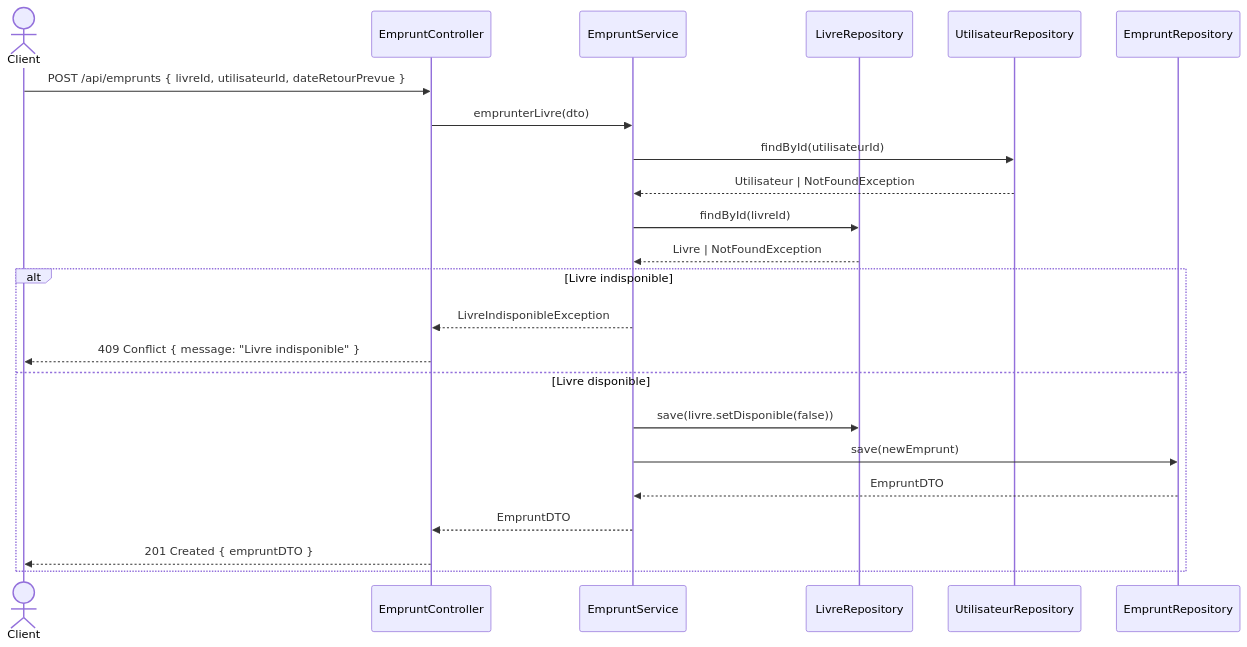
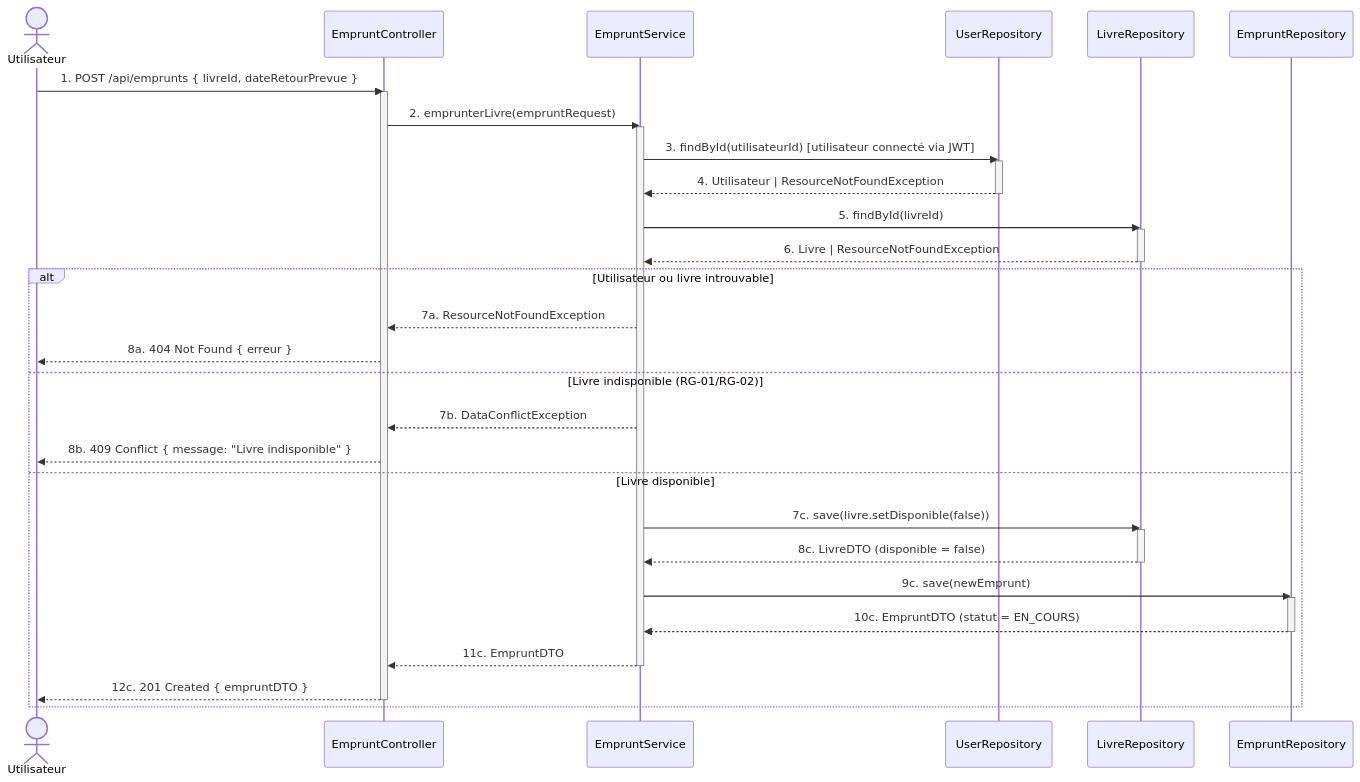
The diagram in analyse/uml-sequence-emprunt.mmd (MahefasoaRAM/java-project), drawn with Mermaid before and after one commit. The commit also changed 7 other files, not shown here.

Commit message:
feat: changed diagram to show use case

```diff
--- a/analyse/uml-sequence-emprunt.mmd
+++ b/analyse/uml-sequence-emprunt.mmd
@@ -1,28 +1,49 @@
+%% ═════════════════════════════════════════════════════════════
+%% Diagramme de séquence – Cas d'utilisation « Emprunter un livre »
+%% Acteur : Utilisateur
+%% Un seul cas d'utilisation par diagramme
+%% Règles RG-01/RG-02 : livre disponible, un seul emprunt actif par livre
+%% ═════════════════════════════════════════════════════════════
 sequenceDiagram
-    actor Client
-    participant EmpruntController
-    participant EmpruntService
-    participant LivreRepository
-    participant UtilisateurRepository
-    participant EmpruntRepository
+    actor Utilisateur
+    participant API as EmpruntController
+    participant SVC as EmpruntService
+    participant UREPO as UserRepository
+    participant LREPO as LivreRepository
+    participant EREPO as EmpruntRepository
 
-    Client->>EmpruntController: POST /api/emprunts { livreId, utilisateurId, dateRetourPrevue }
+    Utilisateur->>API: 1. POST /api/emprunts { livreId, dateRetourPrevue }
+    activate API
+    API->>SVC: 2. emprunterLivre(empruntRequest)
+    activate SVC
 
-    EmpruntController->>EmpruntService: emprunterLivre(dto)
+    SVC->>UREPO: 3. findById(utilisateurId)  [utilisateur connecté via JWT]
+    activate UREPO
+    UREPO-->>SVC: 4. Utilisateur | ResourceNotFoundException
+    deactivate UREPO
 
-    EmpruntService->>UtilisateurRepository: findById(utilisateurId)
-    UtilisateurRepository-->>EmpruntService: Utilisateur | NotFoundException
+    SVC->>LREPO: 5. findById(livreId)
+    activate LREPO
+    LREPO-->>SVC: 6. Livre | ResourceNotFoundException
+    deactivate LREPO
 
-    EmpruntService->>LivreRepository: findById(livreId)
-    LivreRepository-->>EmpruntService: Livre | NotFoundException
-
-    alt Livre indisponible
-        EmpruntService-->>EmpruntController: LivreIndisponibleException
-        EmpruntController-->>Client: 409 Conflict { message: "Livre indisponible" }
+    alt Utilisateur ou livre introuvable
+        SVC-->>API: 7a. ResourceNotFoundException
+        API-->>Utilisateur: 8a. 404 Not Found { erreur }
+    else Livre indisponible (RG-01/RG-02)
+        SVC-->>API: 7b. DataConflictException
+        API-->>Utilisateur: 8b. 409 Conflict { message: "Livre indisponible" }
     else Livre disponible
-        EmpruntService->>LivreRepository: save(livre.setDisponible(false))
-        EmpruntService->>EmpruntRepository: save(newEmprunt)
-        EmpruntRepository-->>EmpruntService: EmpruntDTO
-        EmpruntService-->>EmpruntController: EmpruntDTO
-        EmpruntController-->>Client: 201 Created { empruntDTO }
+        SVC->>LREPO: 7c. save(livre.setDisponible(false))
+        activate LREPO
+        LREPO-->>SVC: 8c. LivreDTO (disponible = false)
+        deactivate LREPO
+        SVC->>EREPO: 9c. save(newEmprunt)
+        activate EREPO
+        EREPO-->>SVC: 10c. EmpruntDTO (statut = EN_COURS)
+        deactivate EREPO
+        SVC-->>API: 11c. EmpruntDTO
+        deactivate SVC
+        API-->>Utilisateur: 12c. 201 Created { empruntDTO }
+        deactivate API
     end
```
